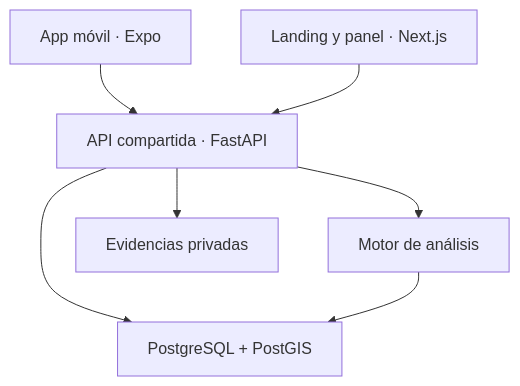
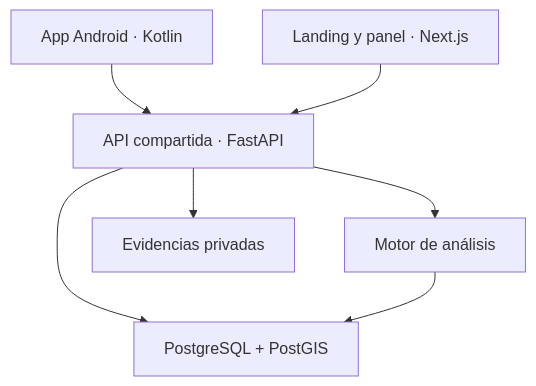
Before and after one commit to gsayag/majesAlerta: the diagram in landing_page/docs/INTEGRACION.md, drawn with Mermaid. The commit also changed other lines of this file and 35 other files, not shown here.

````diff
--- a/landing_page/docs/INTEGRACION.md
+++ b/landing_page/docs/INTEGRACION.md
@@ -18,9 +18,9 @@
 ```mermaid
 flowchart TD
-  M["App móvil · Expo"] --> A["API compartida · FastAPI"]
+  M["App Android · Kotlin"] --> A["API compartida · FastAPI"]
   W["Landing y panel · Next.js"] --> A
   A --> D["PostgreSQL + PostGIS"]
   A --> P["Motor de análisis"]
   P --> D
   A --> F["Evidencias privadas"]
 ```
````
